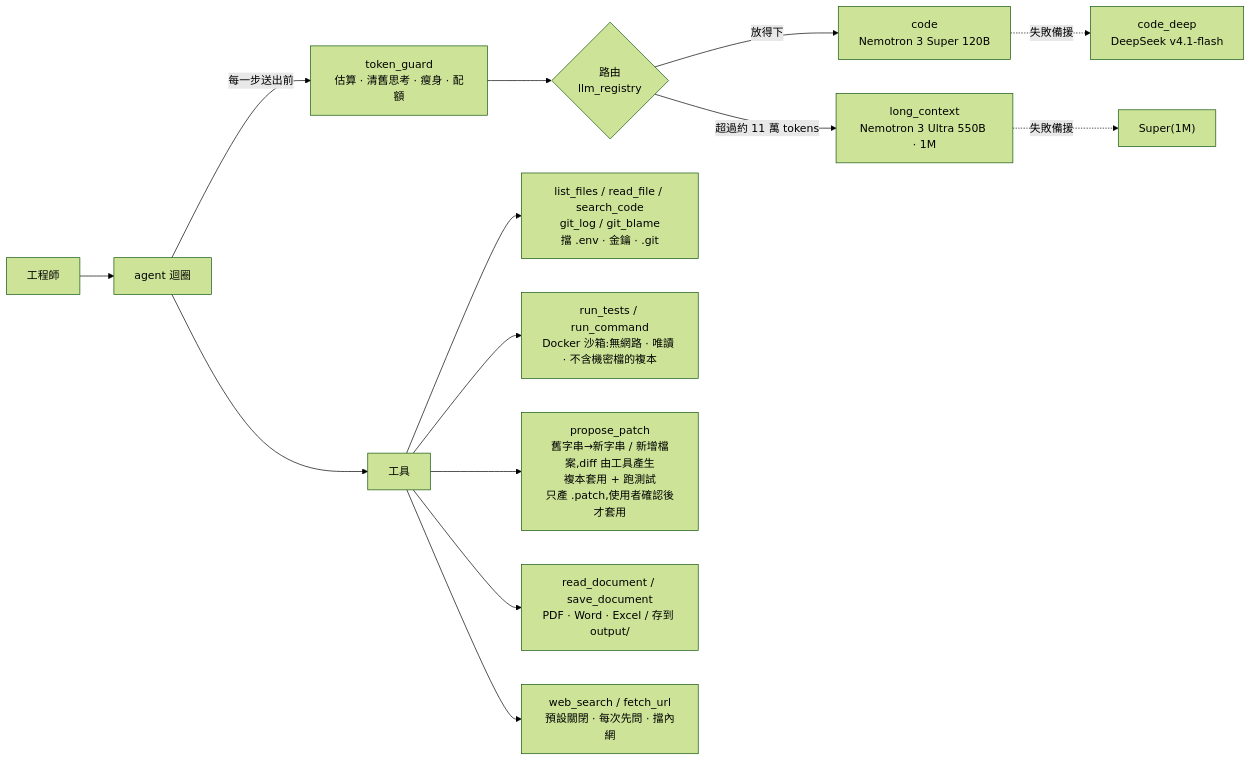
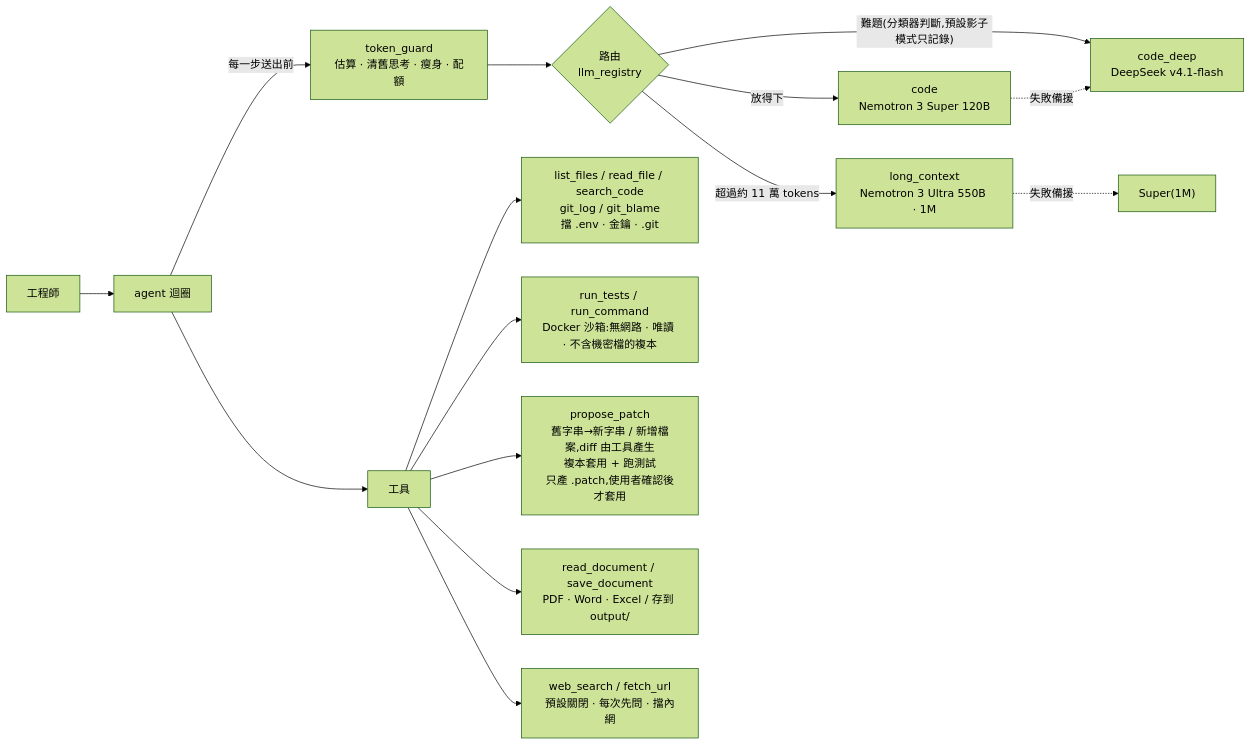
The diagram in README.md (inform199751-crypto/nvidia-dev-assistant), drawn with Mermaid (forest theme) before and after one commit. The commit also changed other lines of this file and 8 other files, not shown here.

````diff
--- a/README.md
+++ b/README.md
@@ -11,16 +11,17 @@
 ```mermaid
 flowchart LR
     U[工程師] --> A[agent 迴圈]
     A -->|每一步送出前| G["token_guard<br/>估算 · 清舊思考 · 瘦身 · 配額"]
     G --> R{"路由<br/>llm_registry"}
     R -->|放得下| S["code<br/>Nemotron 3 Super 120B"]
     R -->|"超過約 11 萬 tokens"| L["long_context<br/>Nemotron 3 Ultra 550B · 1M"]
+    R -->|"難題(分類器判斷,預設影子模式只記錄)"| D
     S -. 失敗備援 .-> D["code_deep<br/>DeepSeek v4.1-flash"]
     L -. 失敗備援 .-> S2["Super(1M)"]
     A --> T[工具]
     T --> T1["list_files / read_file / search_code<br/>git_log / git_blame<br/>擋 .env · 金鑰 · .git"]
     T --> T2["run_tests / run_command<br/>Docker 沙箱:無網路 · 唯讀 · 不含機密檔的複本"]
     T --> T3["propose_patch<br/>舊字串→新字串 / 新增檔案,diff 由工具產生<br/>複本套用 + 跑測試<br/>只產 .patch,使用者確認後才套用"]
     T --> T4["read_document / save_document<br/>PDF · Word · Excel / 存到 output/"]
     T --> T5["web_search / fetch_url<br/>預設關閉 · 每次先問 · 擋內網"]
 ```
````
